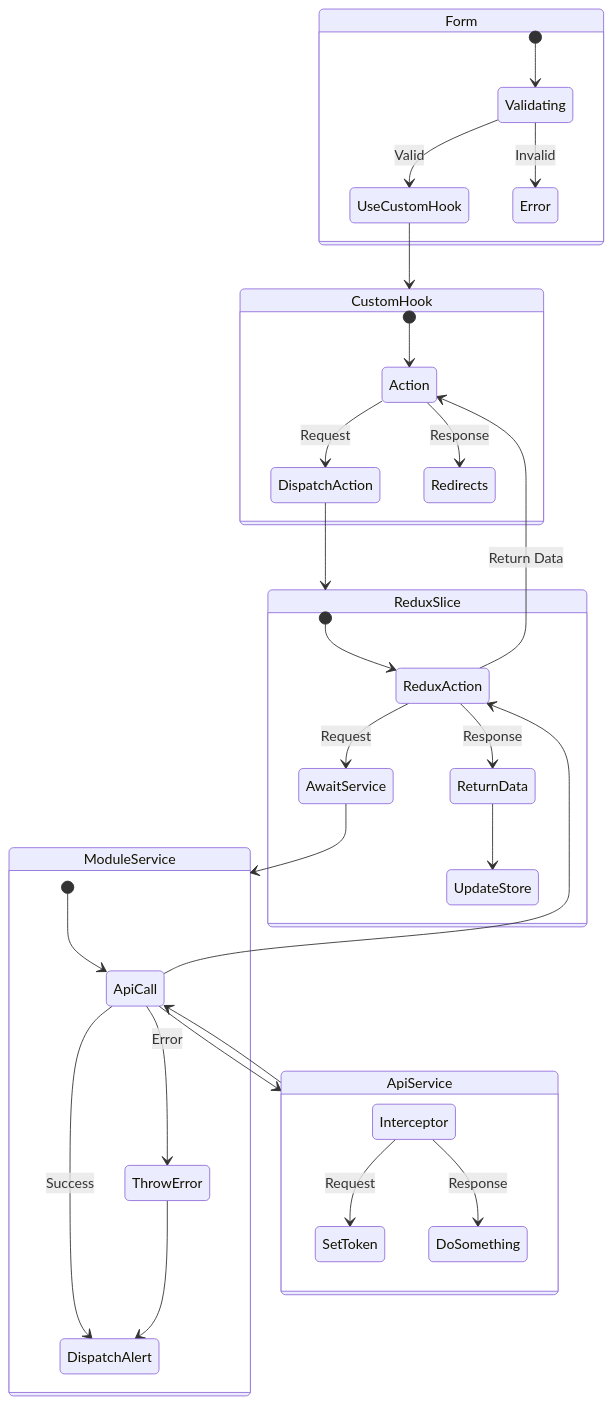
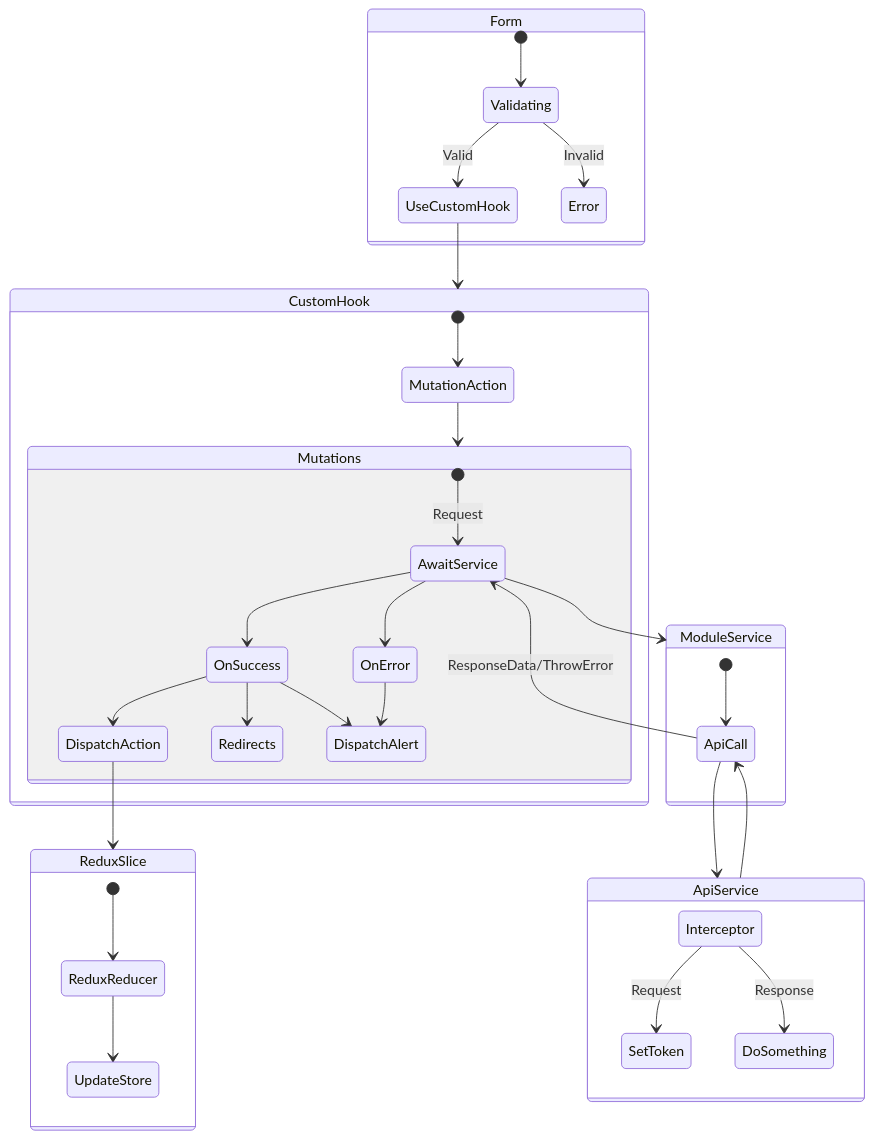
Before and after one commit to Vestigialmars5/TMS-Project: the second of 10 diagrams in system_design.md, drawn with Mermaid. The commit also changed other lines of this file, not shown here.

Commit message:
Update system_design
- Added react query to flow with redux

````diff
--- a/system_design.md
+++ b/system_design.md
@@ -1608,37 +1608,39 @@
 ```mermaid
 stateDiagram-v2
     state Form {
         [*] --> Validating
         Validating --> UseCustomHook : Valid
         Validating --> Error : Invalid
     }
     UseCustomHook --> CustomHook
     state CustomHook {
-        [*] --> Action
-        Action --> DispatchAction : Request
-        Action --> Redirects : Response
+        [*] --> MutationAction
+        MutationAction --> Mutations
+        state Mutations {
+            [*] --> AwaitService : Request
+            AwaitService --> OnSuccess
+            OnSuccess --> DispatchAction
+            OnSuccess --> Redirects
+            OnSuccess --> DispatchAlert
+            AwaitService --> OnError
+            OnError --> DispatchAlert
+        }
     }
     DispatchAction --> ReduxSlice
     state ReduxSlice {
-        [*] --> ReduxAction
-        ReduxAction --> AwaitService : Request
-        ReduxAction --> ReturnData : Response
-        ReturnData --> UpdateStore
+        [*] --> ReduxReducer
+        ReduxReducer --> UpdateStore
     }
-    ReduxAction --> Action : Return Data
     AwaitService --> ModuleService
     state ModuleService {
         [*] --> ApiCall
-        ApiCall --> ThrowError : Error
-        ApiCall --> DispatchAlert : Success
-        ThrowError --> DispatchAlert
     }
     ApiCall --> ApiService
     ApiService --> ApiCall
     state ApiService {
         Interceptor --> SetToken : Request
         Interceptor --> DoSomething : Response
     }
-    ApiCall --> ReduxAction
+    ApiCall --> AwaitService : ResponseData/ThrowError
 
 ```
````
